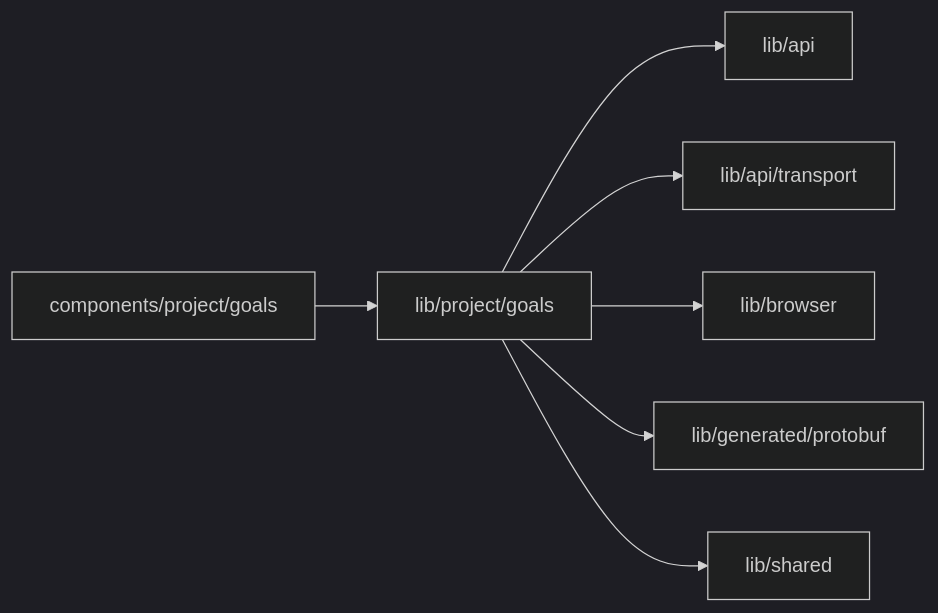
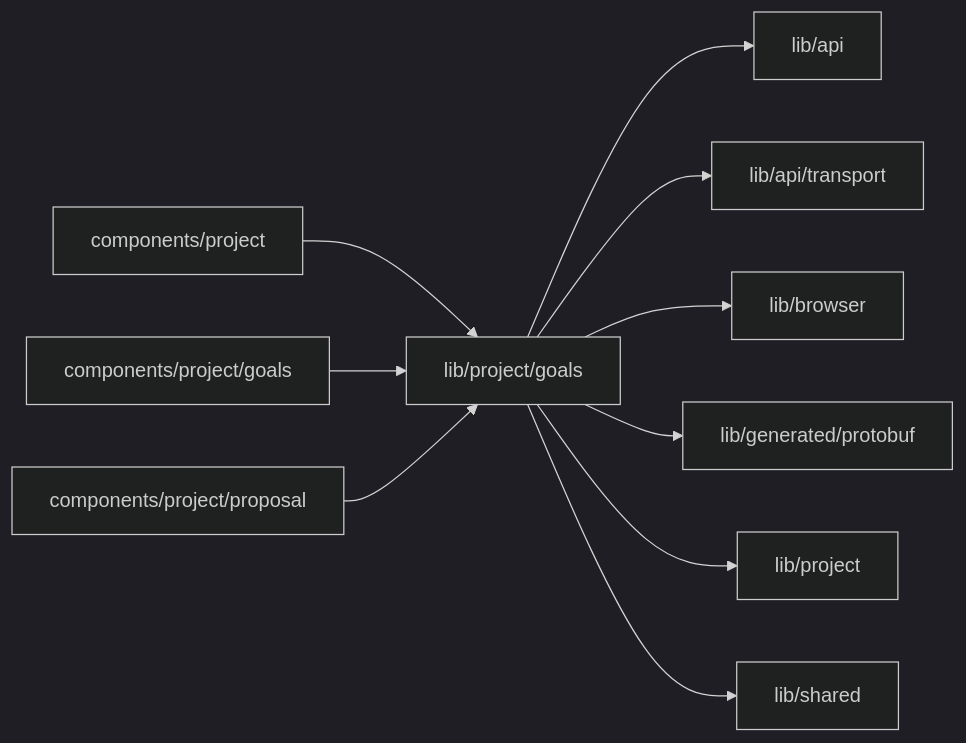
Before and after one commit to superdurable/superverse: the diagram in web/studio/lib/project/goals/README.md, drawn with Mermaid (dark theme). The commit also changed other lines of this file and 226 other files, not shown here.

````diff
--- a/web/studio/lib/project/goals/README.md
+++ b/web/studio/lib/project/goals/README.md
@@ -10,10 +10,13 @@
 ```mermaid
 flowchart LR
   self["lib/project/goals"]
-  c0["components/project/goals"] --> self
+  c0["components/project"] --> self
+  c1["components/project/goals"] --> self
+  c2["components/project/proposal"] --> self
   self --> d0["lib/api"]
   self --> d1["lib/api/transport"]
   self --> d2["lib/browser"]
   self --> d3["lib/generated/protobuf"]
-  self --> d4["lib/shared"]
+  self --> d4["lib/project"]
+  self --> d5["lib/shared"]
 ```
````
